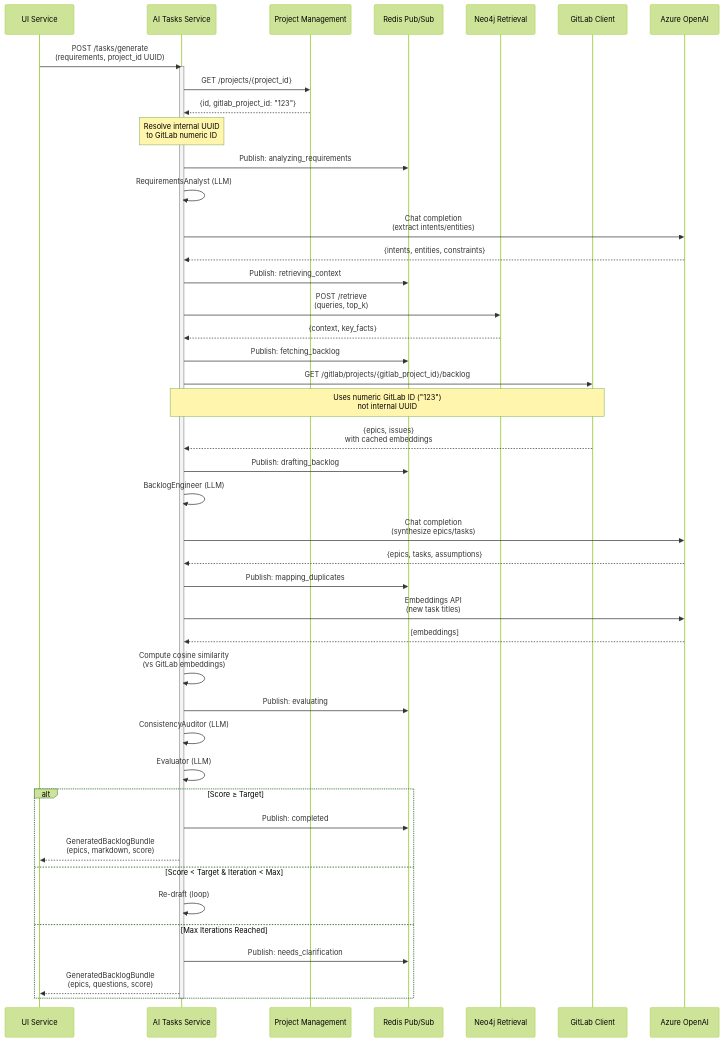
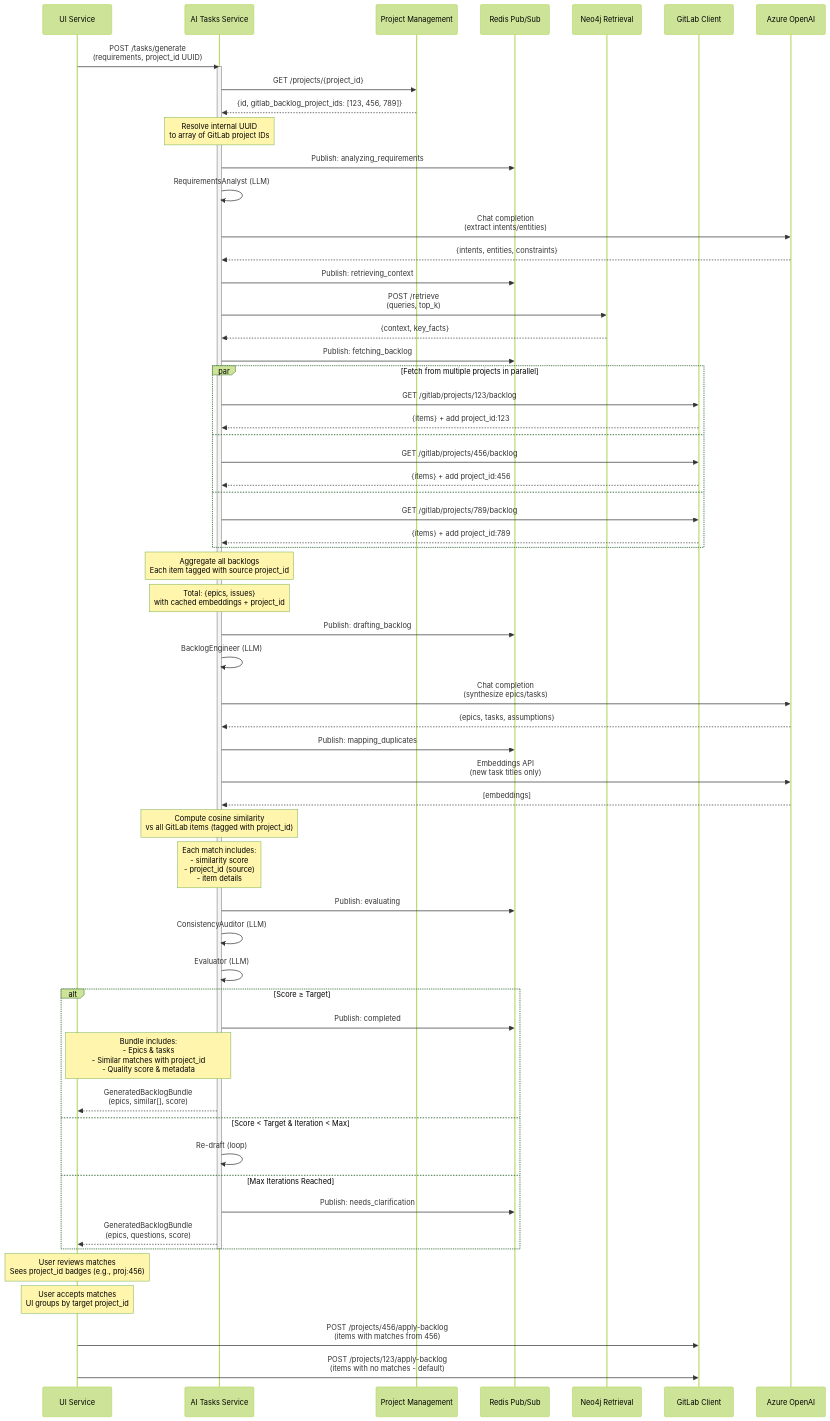
One commit to vladavilov/playground changed the fourth of 6 diagrams in git-epic-creator/services/ai_tasks_service/README.md. Above: the diagram before and after it, drawn with Mermaid (forest theme). The commit also changed other lines of this file and 12 other files, not shown here.

````diff
--- a/git-epic-creator/services/ai_tasks_service/README.md
+++ b/git-epic-creator/services/ai_tasks_service/README.md
@@ -335,54 +446,71 @@
 ```mermaid
 sequenceDiagram
     participant UI as UI Service
     participant AI as AI Tasks Service
     participant ProjMgmt as Project Management
     participant Redis as Redis Pub/Sub
     participant Neo4j as Neo4j Retrieval
     participant GitLab as GitLab Client
     participant OpenAI as Azure OpenAI
     
     UI->>AI: POST /tasks/generate<br/>(requirements, project_id UUID)
     activate AI
     AI->>ProjMgmt: GET /projects/{project_id}
-    ProjMgmt-->>AI: {id, gitlab_project_id: "123"}
-    Note over AI: Resolve internal UUID<br/>to GitLab numeric ID
+    ProjMgmt-->>AI: {id, gitlab_backlog_project_ids: [123, 456, 789]}
+    Note over AI: Resolve internal UUID<br/>to array of GitLab project IDs
     AI->>Redis: Publish: analyzing_requirements
     AI->>AI: RequirementsAnalyst (LLM)
     AI->>OpenAI: Chat completion<br/>(extract intents/entities)
     OpenAI-->>AI: {intents, entities, constraints}
     
     AI->>Redis: Publish: retrieving_context
     AI->>Neo4j: POST /retrieve<br/>(queries, top_k)
     Neo4j-->>AI: {context, key_facts}
     
     AI->>Redis: Publish: fetching_backlog
-    AI->>GitLab: GET /gitlab/projects/{gitlab_project_id}/backlog
-    Note over AI,GitLab: Uses numeric GitLab ID ("123")<br/>not internal UUID
-    GitLab-->>AI: {epics, issues}<br/>with cached embeddings
+    par Fetch from multiple projects in parallel
+        AI->>GitLab: GET /gitlab/projects/123/backlog
+        GitLab-->>AI: {items} + add project_id:123
+    and
+        AI->>GitLab: GET /gitlab/projects/456/backlog
+        GitLab-->>AI: {items} + add project_id:456
+    and
+        AI->>GitLab: GET /gitlab/projects/789/backlog
+        GitLab-->>AI: {items} + add project_id:789
+    end
+    Note over AI: Aggregate all backlogs<br/>Each item tagged with source project_id
+    Note over AI: Total: {epics, issues}<br/>with cached embeddings + project_id
     
     AI->>Redis: Publish: drafting_backlog
     AI->>AI: BacklogEngineer (LLM)
     AI->>OpenAI: Chat completion<br/>(synthesize epics/tasks)
     OpenAI-->>AI: {epics, tasks, assumptions}
     
     AI->>Redis: Publish: mapping_duplicates
-    AI->>OpenAI: Embeddings API<br/>(new task titles)
+    AI->>OpenAI: Embeddings API<br/>(new task titles only)
     OpenAI-->>AI: [embeddings]
-    AI->>AI: Compute cosine similarity<br/>(vs GitLab embeddings)
+    Note over AI: Compute cosine similarity<br/>vs all GitLab items (tagged with project_id)
+    Note over AI: Each match includes:<br/>- similarity score<br/>- project_id (source)<br/>- item details
     
     AI->>Redis: Publish: evaluating
     AI->>AI: ConsistencyAuditor (LLM)
     AI->>AI: Evaluator (LLM)
     
     alt Score ≥ Target
         AI->>Redis: Publish: completed
-        AI-->>UI: GeneratedBacklogBundle<br/>(epics, markdown, score)
+        Note over AI,UI: Bundle includes:<br/>- Epics & tasks<br/>- Similar matches with project_id<br/>- Quality score & metadata
+        AI-->>UI: GeneratedBacklogBundle<br/>(epics, similar[], score)
     else Score < Target & Iteration < Max
         AI->>AI: Re-draft (loop)
     else Max Iterations Reached
         AI->>Redis: Publish: needs_clarification
         AI-->>UI: GeneratedBacklogBundle<br/>(epics, questions, score)
     end
     deactivate AI
+    
+    Note over UI: User reviews matches<br/>Sees project_id badges (e.g., proj:456)
+    Note over UI: User accepts matches<br/>UI groups by target project_id
+    
+    UI->>GitLab: POST /projects/456/apply-backlog<br/>(items with matches from 456)
+    UI->>GitLab: POST /projects/123/apply-backlog<br/>(items with no matches - default)
 ```
````
